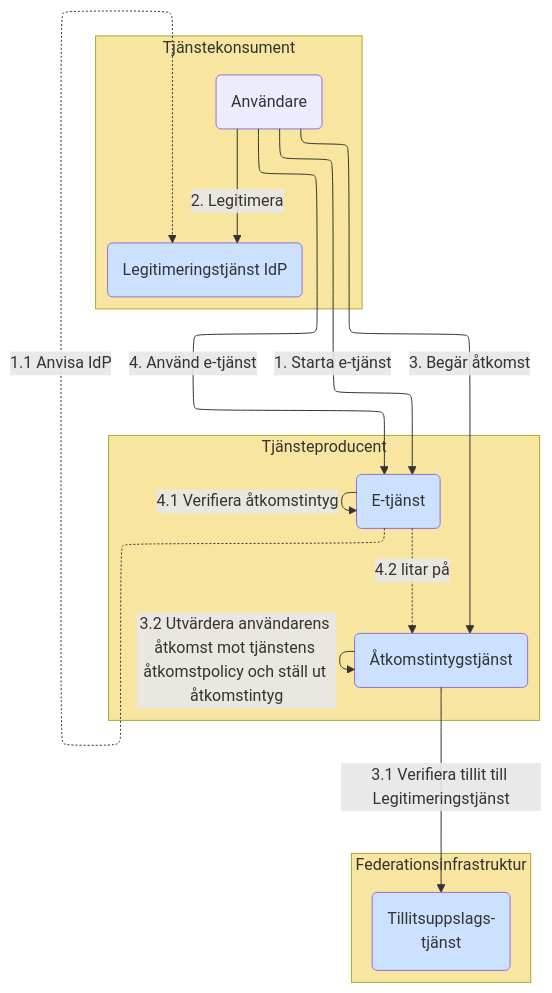
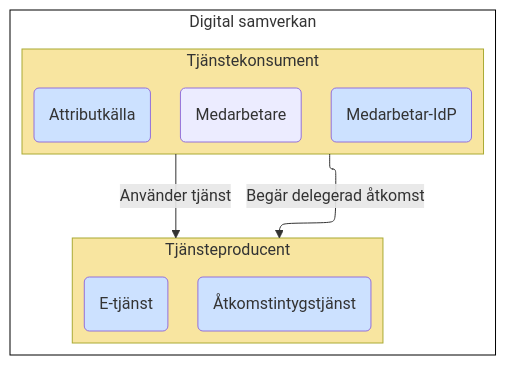
Before and after one commit to diggsweden/ena-authorization: the sixth of 10 diagrams in architecture/drafts/IAM_TargetArchitecture_Sweden.md, drawn with Mermaid. The commit also changed other lines of this file, not shown here.

````diff
--- a/architecture/drafts/IAM_TargetArchitecture_Sweden.md
+++ b/architecture/drafts/IAM_TargetArchitecture_Sweden.md
@@ -216,35 +226,27 @@
 ```mermaid
 %%{init: {"flowchart": {"defaultRenderer": "elk"}} }%%
 flowchart TB
- 
+
 classDef org fill:#F8E5A0
 classDef comp fill:#CCE1FF
 classDef box fill:#ffffff,stroke:#000000
 
-subgraph po[Tjänsteproducent]
-    p(E-tjänst):::comp
-    as(Åtkomstintygstjänst):::comp
+subgraph is[Digital samverkan]
+    subgraph po[Tjänsteproducent]
+        p(E-tjänst):::comp
+        as(Åtkomstintygstjänst):::comp
+    end
+    po:::org
+
+    subgraph co[Tjänstekonsument]
+        u(Medarbetare)
+        uidp(Medarbetar-IdP):::comp
+        uattr(Attributkälla):::comp
+    end
+    co:::org
 end
-po:::org
+is:::box
 
-subgraph co[Tjänstekonsument]
-    idp(Legitimeringstjänst IdP):::comp
-    u(Användare)
-end
-co:::org
-
-subgraph ss[Federationsinfrastruktur]
-    t(Tillitsuppslags-<br>tjänst):::comp
-end
-ss:::org
-
-u--<p>1. Starta e-tjänst-->p
-p-.1#46;1 Anvisa IdP.->idp
-u--<p>2. Legitimera-->idp
-u--<p>3. Begär åtkomst-->as
-as--<p>3.1 Verifiera tillit till Legitimeringstjänst-->t
-as--<p>3.2 Utvärdera användarens åtkomst mot tjänstens åtkomstpolicy och ställ ut åtkomstintyg-->as
-u--<p>4. Använd e-tjänst-->p
-p--<p>4.1 Verifiera åtkomstintyg-->p
-p-.<p>4#46;2 litar på.->as
+co--Begär delegerad åtkomst-->po
+co--Använder tjänst-->po
 ```
````
